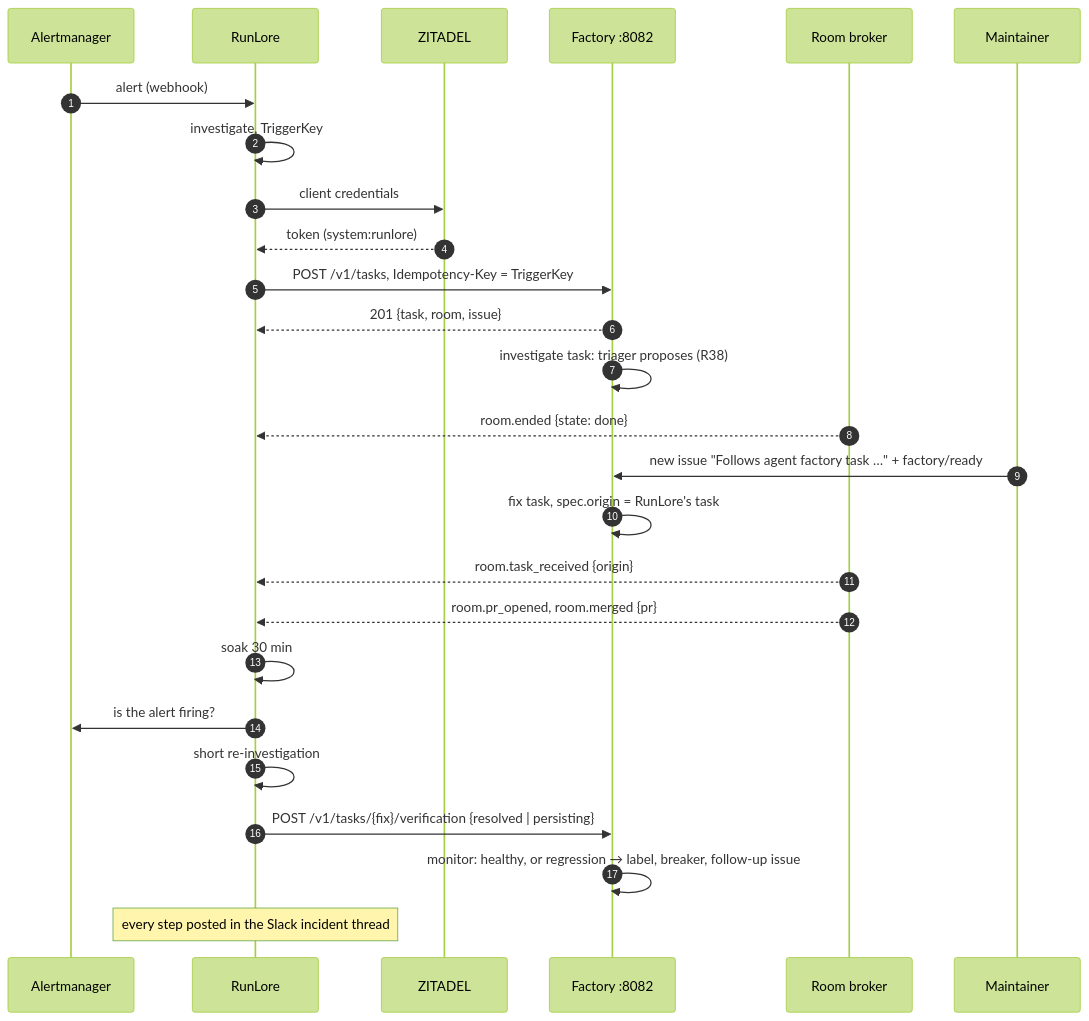
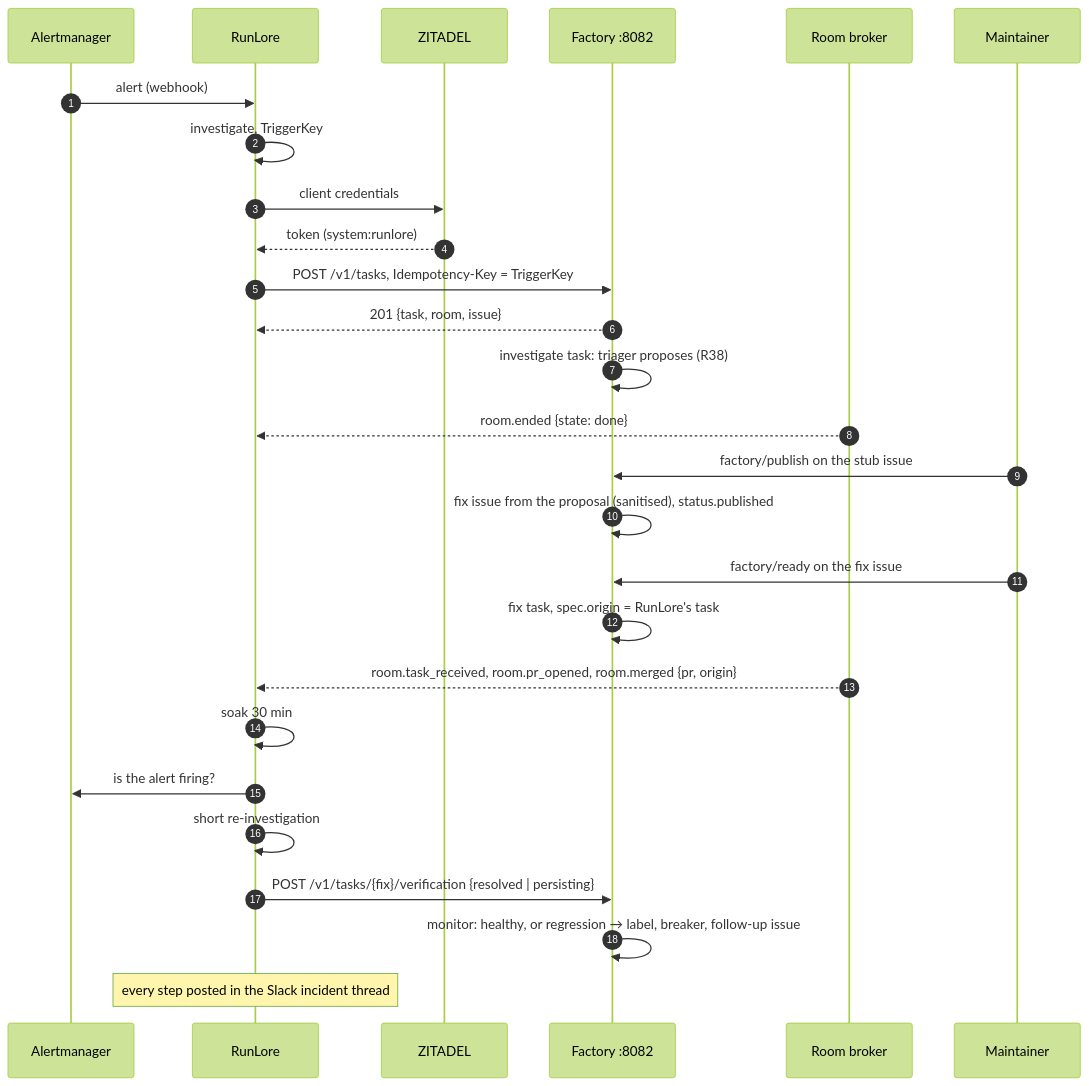
The diagram in docs/superpowers/specs/2026-10-27-runlore-agent-to-agent-design.md (Smana/ai-native-ref), drawn with Mermaid (forest theme) before and after one commit. The commit also changed other lines of this file and 1 other file, not shown here.

Commit message:
docs(v3): feature 14 publishes RunLore's proposal in one click (RA9, RA10 decided)

````diff
--- a/docs/superpowers/specs/2026-10-27-runlore-agent-to-agent-design.md
+++ b/docs/superpowers/specs/2026-10-27-runlore-agent-to-agent-design.md
@@ -112,28 +125,29 @@
 ```mermaid
 sequenceDiagram
   autonumber
   participant AM as Alertmanager
   participant RL as RunLore
   participant Z as ZITADEL
   participant F as Factory :8082
   participant B as Room broker
   participant M as Maintainer
   AM->>RL: alert (webhook)
   RL->>RL: investigate, TriggerKey
   RL->>Z: client credentials
   Z-->>RL: token (system:runlore)
   RL->>F: POST /v1/tasks, Idempotency-Key = TriggerKey
   F-->>RL: 201 {task, room, issue}
   F->>F: investigate task: triager proposes (R38)
   B-->>RL: room.ended {state: done}
-  M->>F: new issue "Follows agent factory task …" + factory/ready
+  M->>F: factory/publish on the stub issue
+  F->>F: fix issue from the proposal (sanitised), status.published
+  M->>F: factory/ready on the fix issue
   F->>F: fix task, spec.origin = RunLore's task
-  B-->>RL: room.task_received {origin}
-  B-->>RL: room.pr_opened, room.merged {pr}
+  B-->>RL: room.task_received, room.pr_opened, room.merged {pr, origin}
   RL->>RL: soak 30 min
   RL->>AM: is the alert firing?
   RL->>RL: short re-investigation
   RL->>F: POST /v1/tasks/{fix}/verification {resolved | persisting}
   F->>F: monitor: healthy, or regression → label, breaker, follow-up issue
   Note over RL: every step posted in the Slack incident thread
 ```
````
